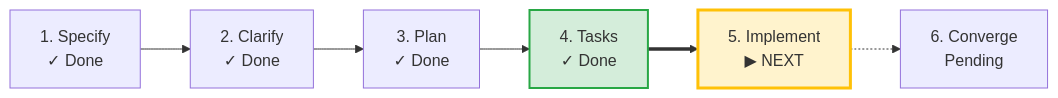
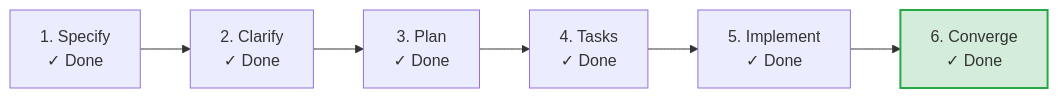
The diagram in specs/002-github-ci-release/lifecycle.md (k-electron/speckitplus), drawn with Mermaid before and after one commit. The commit also changed other lines of this file and 16 other files, not shown here.

````diff
--- a/specs/002-github-ci-release/lifecycle.md
+++ b/specs/002-github-ci-release/lifecycle.md
@@ -78,10 +96,9 @@
 ```mermaid
 graph LR
     S["1. Specify<br/>✓ Done"] --> C["2. Clarify<br/>✓ Done"]
     C --> P["3. Plan<br/>✓ Done"]
     P --> T["4. Tasks<br/>✓ Done"]
-    T ==> I["5. Implement<br/>▶ NEXT"]
-    I -.-> V["6. Converge<br/>Pending"]
-    style T fill:#d4edda,stroke:#28a745,stroke-width:2px
-    style I fill:#fff3cd,stroke:#ffc107,stroke-width:3px
+    T --> I["5. Implement<br/>✓ Done"]
+    I --> V["6. Converge<br/>✓ Done"]
+    style V fill:#d4edda,stroke:#28a745,stroke-width:2px
 ```
````
